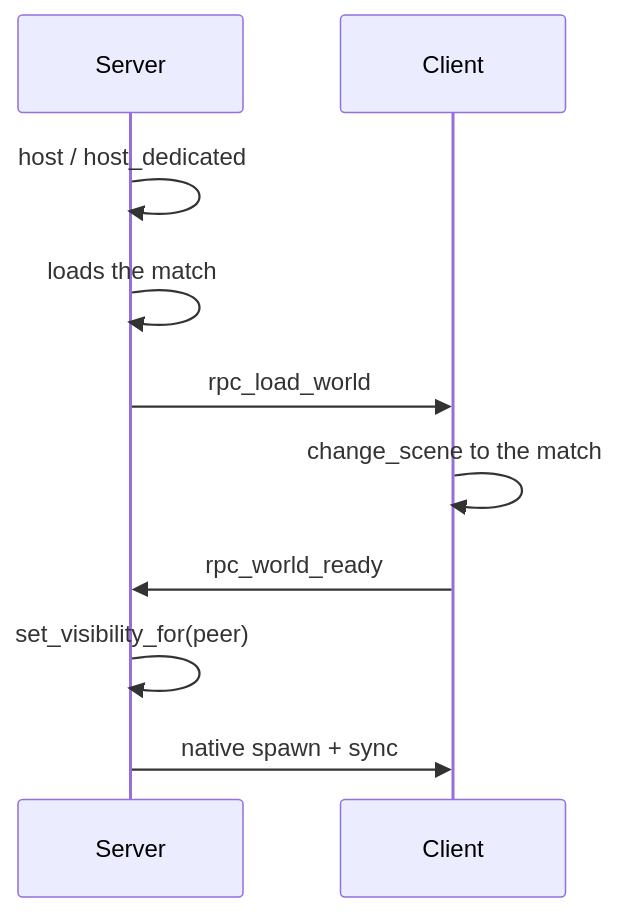
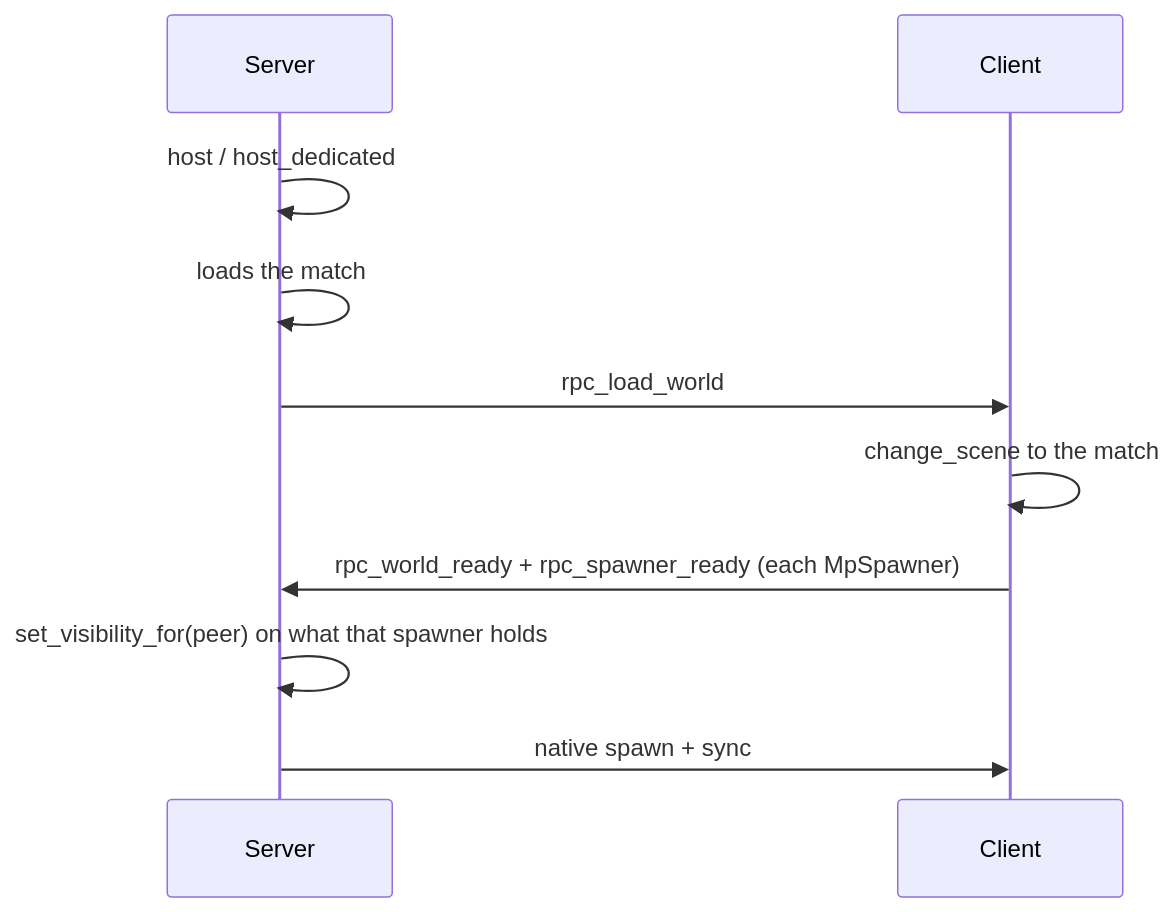
The fifth of 10 diagrams in addons/mp_kit/README.md (Joelnicolass/godot-studio-skills), drawn with Mermaid before and after one commit. The commit also changed other lines of this file and 74 other files, not shown here.

First line of the commit message:
Rewrite MpSpawner so nothing reaches a peer before its copy of the spawner exists.

````diff
--- a/addons/mp_kit/README.md
+++ b/addons/mp_kit/README.md
@@ -202,12 +204,12 @@
 ```mermaid
 sequenceDiagram
   participant H as Server
   participant C as Client
   H->>H: host / host_dedicated
   H->>H: loads the match
   H->>C: rpc_load_world
   C->>C: change_scene to the match
-  C->>H: rpc_world_ready
-  H->>H: set_visibility_for(peer)
+  C->>H: rpc_world_ready + rpc_spawner_ready (each MpSpawner)
+  H->>H: set_visibility_for(peer) on what that spawner holds
   H->>C: native spawn + sync
 ```
````
